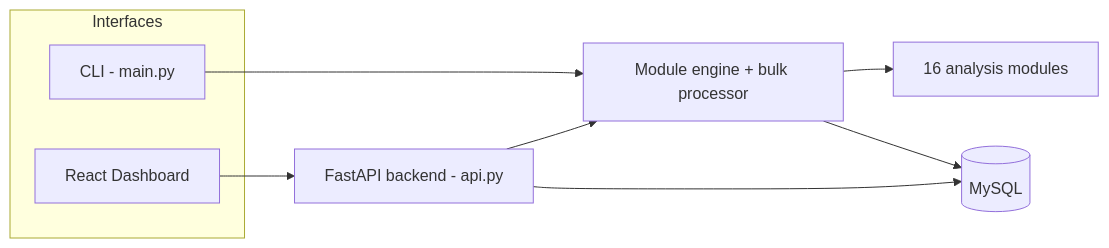
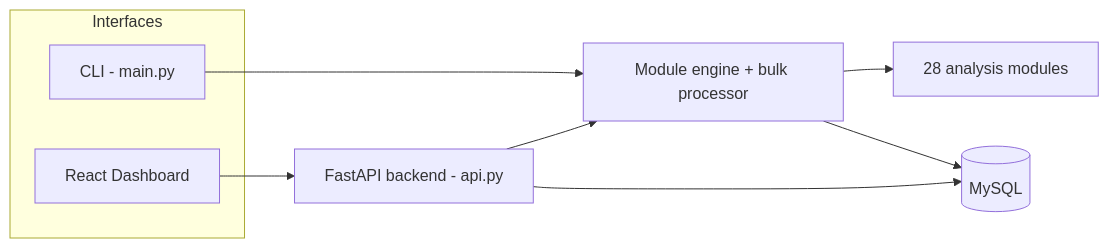
The diagram in README.md (frkndncr/WebAnalyzer), drawn with Mermaid before and after one commit. The commit also changed other lines of this file and 24 other files, not shown here.

````diff
--- a/README.md
+++ b/README.md
@@ -164,16 +176,16 @@
 ```mermaid
 graph LR
     subgraph Interfaces
       CLI[CLI - main.py]
       UI[React Dashboard]
     end
     API[FastAPI backend - api.py]
     ENG[Module engine + bulk processor]
     DB[(MySQL)]
-    MODS[16 analysis modules]
+    MODS[28 analysis modules]
 
     CLI --> ENG
     UI --> API --> ENG --> MODS
     ENG --> DB
     API --> DB
 ```
````
